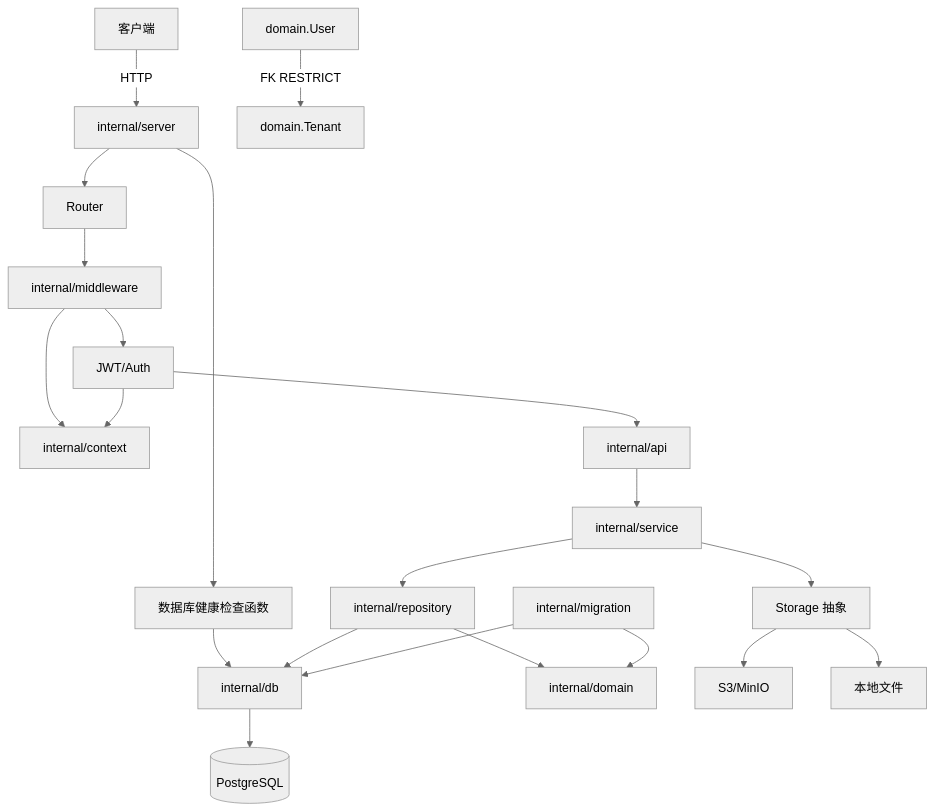
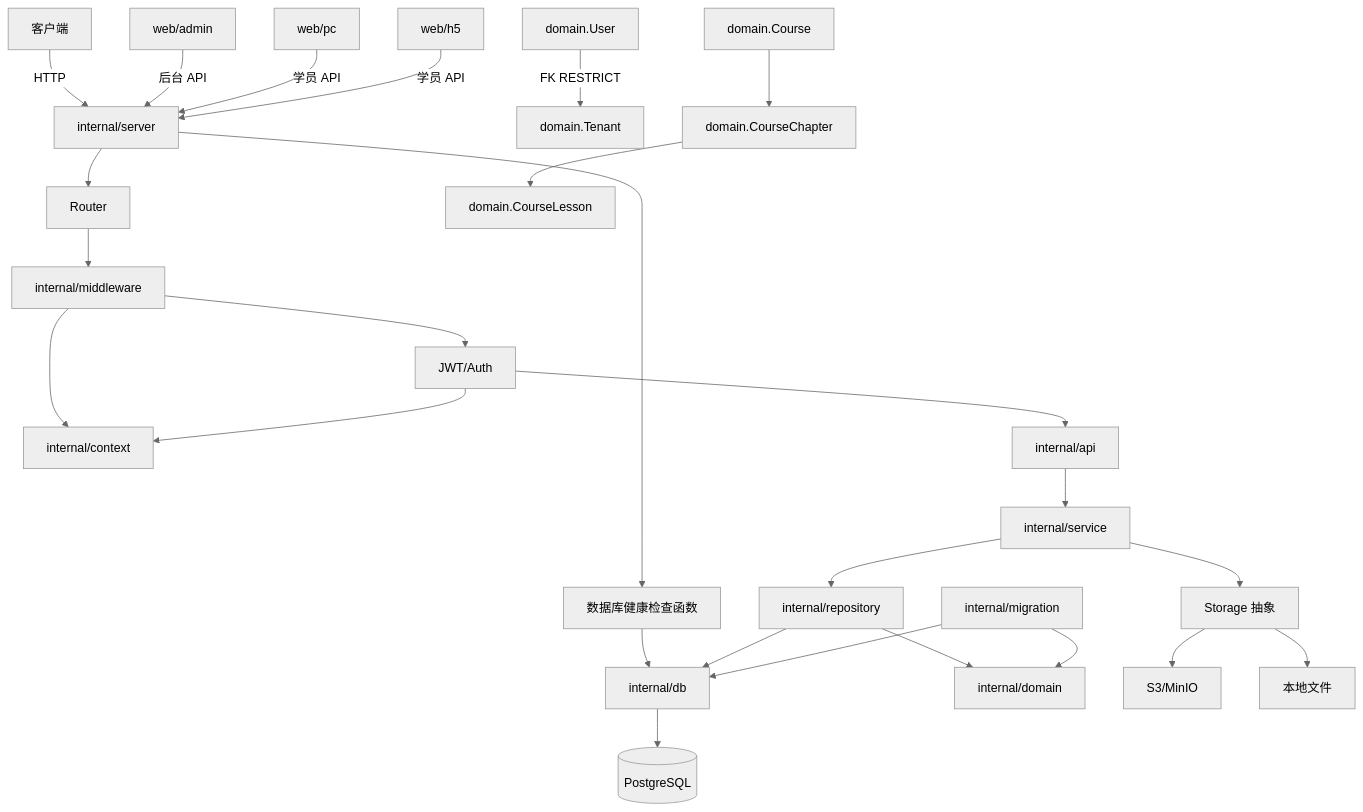
The diagram in .codex/knowledge-graph.md (1622359590/imaiplay), drawn with Mermaid (neutral theme) before and after one commit. The commit also changed other lines of this file and 115 other files, not shown here.

````diff
--- a/.codex/knowledge-graph.md
+++ b/.codex/knowledge-graph.md
@@ -5,23 +5,28 @@
 ```mermaid
 graph TD
     Client[客户端] -->|HTTP| Server[internal/server]
     Server --> Router[Router]
     Router --> Middleware[internal/middleware]
     Middleware --> Context[internal/context]
     Middleware --> Auth[JWT/Auth]
     Auth --> Context
     Auth --> Handler[internal/api]
     Server --> DBHealth[数据库健康检查函数]
     DBHealth --> DB[internal/db]
     Handler --> Service[internal/service]
     Service --> Repository[internal/repository]
     Repository --> Domain[internal/domain]
     User[domain.User] -->|FK RESTRICT| Tenant[domain.Tenant]
+    Course[domain.Course] --> Chapter[domain.CourseChapter]
+    Chapter --> Lesson[domain.CourseLesson]
+    WebAdmin[web/admin] -->|后台 API| Server
+    WebPC[web/pc] -->|学员 API| Server
+    WebH5[web/h5] -->|学员 API| Server
     Repository --> DB
     Migration[internal/migration] --> Domain
     Migration --> DB
     DB --> PostgreSQL[(PostgreSQL)]
     Service --> Storage[Storage 抽象]
     Storage --> S3[S3/MinIO]
     Storage --> Local[本地文件]
 ```
````
